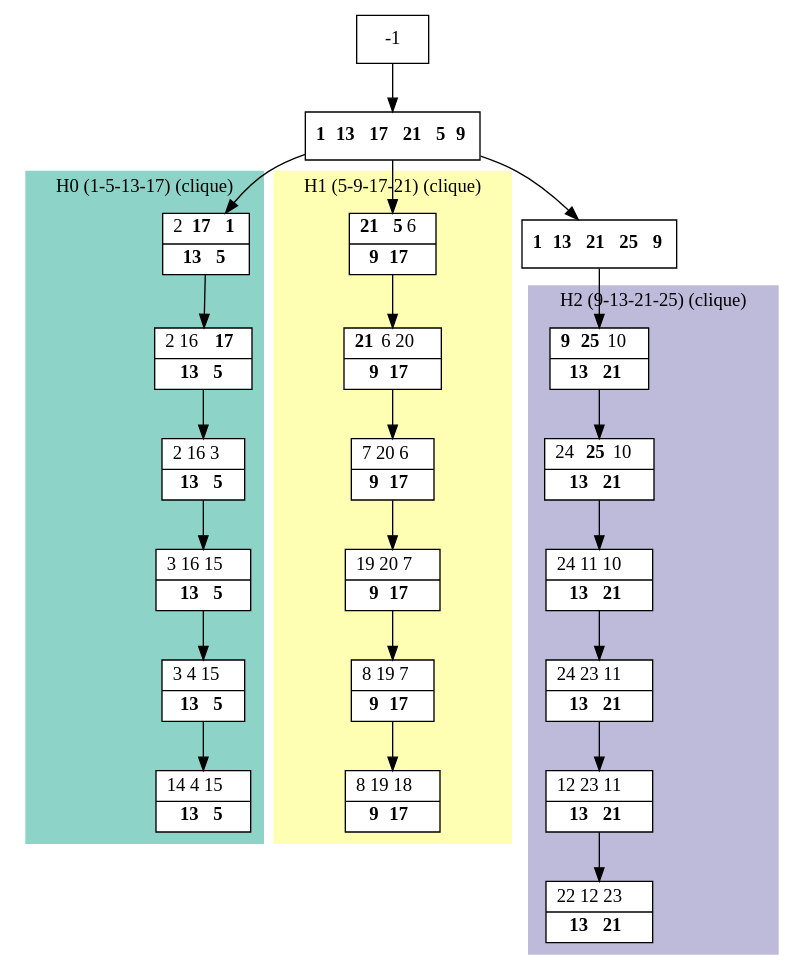
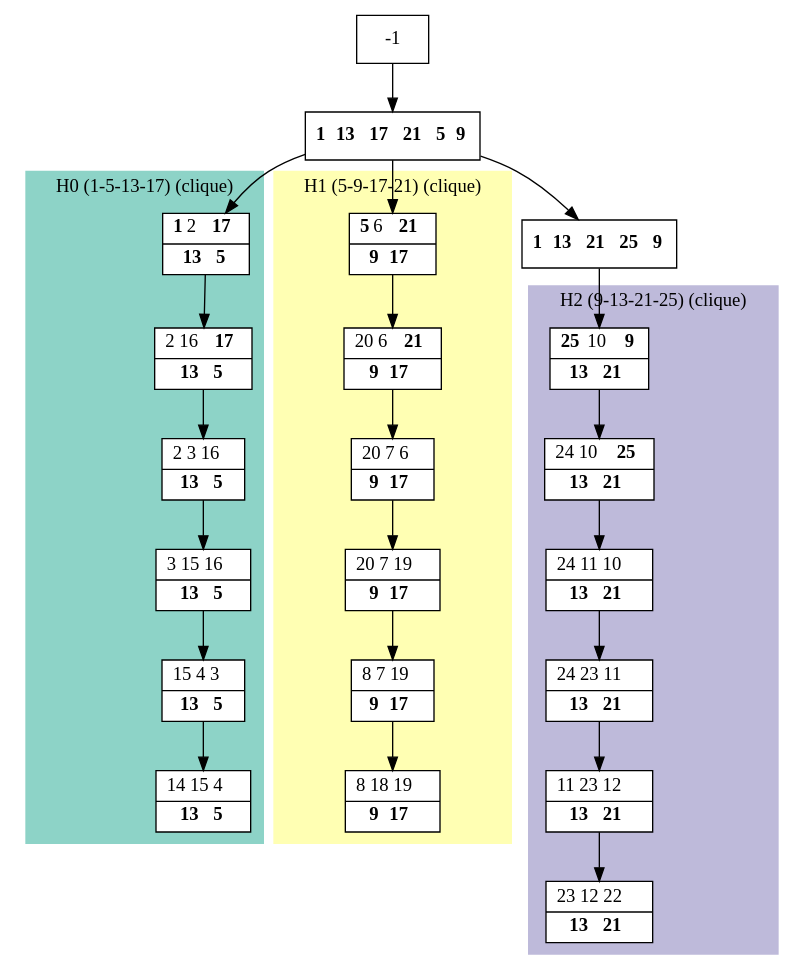
The diagram in results/dot_files/processed_L.dot (bmarchand/auto-dp), drawn with Graphviz before and after one commit. The commit also changed 56 other files, not shown here.

```diff
--- a/results/dot_files/processed_L.dot
+++ b/results/dot_files/processed_L.dot
@@ -1,52 +1,52 @@
 digraph G {
     node [shape=box];
     subgraph cluster0 {
         node [style=filled,fillcolor=white];
         labeljust="l";
         style=filled;
         color="#8DD3C7";
         H0_0 -> H0_1 -> H0_2 -> H0_3 -> H0_4 -> H0_5;
         label="H0 (1-5-13-17) (clique)";
     }
     subgraph cluster1 {
         node [style=filled,fillcolor=white];
         labeljust="l";
         style=filled;
         color="#FFFFB3";
         H1_0 -> H1_1 -> H1_2 -> H1_3 -> H1_4 -> H1_5;
         label="H1 (5-9-17-21) (clique)";
     }
     subgraph cluster2 {
         node [style=filled,fillcolor=white];
         labeljust="l";
         style=filled;
         color="#BEBADA";
         H2_0 -> H2_1 -> H2_2 -> H2_3 -> H2_4 -> H2_5;
         label="H2 (9-13-21-25) (clique)";
     }
      1 [shape=record,label= <{ <b>1</b> <b>13</b> <b>17</b> <b>21</b> <b>5</b> <b>9</b>}> ];
      -1  ->  1;
-     H0_0 [shape=record,label= <{ 2 <b>17</b> <b>1</b>|  <b>13</b> <b>5</b>}> ];
+     H0_0 [shape=record,label= <{ <b>1</b> 2 <b>17</b>|  <b>13</b> <b>5</b>}> ];
      1  ->  H0_0;
      H0_1 [shape=record,label= <{ 2 16 <b>17</b>|  <b>13</b> <b>5</b>}> ];
-     H0_2 [shape=record,label= <{ 2 16 3|  <b>13</b> <b>5</b>}> ];
-     H0_3 [shape=record,label= <{ 3 16 15|  <b>13</b> <b>5</b>}> ];
-     H0_4 [shape=record,label= <{ 3 4 15|  <b>13</b> <b>5</b>}> ];
-     H0_5 [shape=record,label= <{ 14 4 15|  <b>13</b> <b>5</b>}> ];
+     H0_2 [shape=record,label= <{ 2 3 16|  <b>13</b> <b>5</b>}> ];
+     H0_3 [shape=record,label= <{ 3 15 16|  <b>13</b> <b>5</b>}> ];
+     H0_4 [shape=record,label= <{ 15 4 3|  <b>13</b> <b>5</b>}> ];
+     H0_5 [shape=record,label= <{ 14 15 4|  <b>13</b> <b>5</b>}> ];
      14 [shape=record,label= <{ <b>1</b> <b>13</b> <b>21</b> <b>25</b> <b>9</b>}> ];
      1  ->  14;
-     H2_0 [shape=record,label= <{ <b>9</b> <b>25</b> 10|  <b>13</b> <b>21</b>}> ];
+     H2_0 [shape=record,label= <{ <b>25</b> 10 <b>9</b>|  <b>13</b> <b>21</b>}> ];
      14  ->  H2_0;
-     H2_1 [shape=record,label= <{ 24 <b>25</b> 10|  <b>13</b> <b>21</b>}> ];
+     H2_1 [shape=record,label= <{ 24 10 <b>25</b>|  <b>13</b> <b>21</b>}> ];
      H2_2 [shape=record,label= <{ 24 11 10|  <b>13</b> <b>21</b>}> ];
      H2_3 [shape=record,label= <{ 24 23 11|  <b>13</b> <b>21</b>}> ];
-     H2_4 [shape=record,label= <{ 12 23 11|  <b>13</b> <b>21</b>}> ];
-     H2_5 [shape=record,label= <{ 22 12 23|  <b>13</b> <b>21</b>}> ];
-     H1_0 [shape=record,label= <{ <b>21</b> <b>5</b> 6|  <b>9</b> <b>17</b>}> ];
+     H2_4 [shape=record,label= <{ 11 23 12|  <b>13</b> <b>21</b>}> ];
+     H2_5 [shape=record,label= <{ 23 12 22|  <b>13</b> <b>21</b>}> ];
+     H1_0 [shape=record,label= <{ <b>5</b> 6 <b>21</b>|  <b>9</b> <b>17</b>}> ];
      1  ->  H1_0;
-     H1_1 [shape=record,label= <{ <b>21</b> 6 20|  <b>9</b> <b>17</b>}> ];
-     H1_2 [shape=record,label= <{ 7 20 6|  <b>9</b> <b>17</b>}> ];
-     H1_3 [shape=record,label= <{ 19 20 7|  <b>9</b> <b>17</b>}> ];
-     H1_4 [shape=record,label= <{ 8 19 7|  <b>9</b> <b>17</b>}> ];
-     H1_5 [shape=record,label= <{ 8 19 18|  <b>9</b> <b>17</b>}> ];
+     H1_1 [shape=record,label= <{ 20 6 <b>21</b>|  <b>9</b> <b>17</b>}> ];
+     H1_2 [shape=record,label= <{ 20 7 6|  <b>9</b> <b>17</b>}> ];
+     H1_3 [shape=record,label= <{ 20 7 19|  <b>9</b> <b>17</b>}> ];
+     H1_4 [shape=record,label= <{ 8 7 19|  <b>9</b> <b>17</b>}> ];
+     H1_5 [shape=record,label= <{ 8 18 19|  <b>9</b> <b>17</b>}> ];
 }
```
